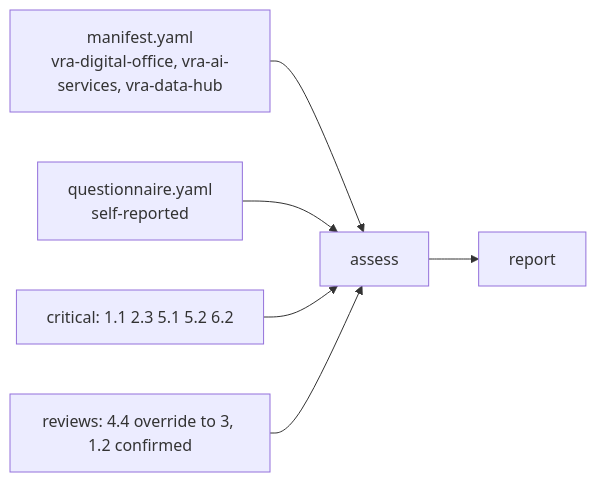
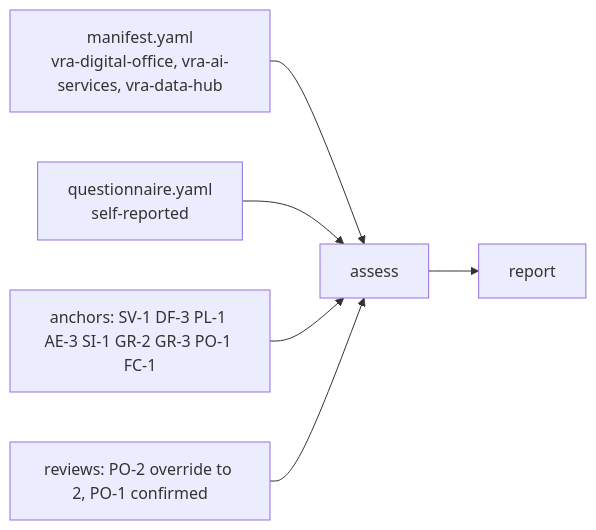
The diagram in docs/samples/valemont-revenue-agency.md (jagadishmazure-jpg/Jagadish-ai-maturity-assessment), drawn with Mermaid before and after one commit. The commit also changed other lines of this file and 2 other files, not shown here.

Commit message:
docs: sample docs reflect EAMM results, anchors and reviews

````diff
--- a/docs/samples/valemont-revenue-agency.md
+++ b/docs/samples/valemont-revenue-agency.md
@@ -15,8 +16,8 @@
 ```mermaid
 flowchart LR
   M[manifest.yaml<br/>vra-digital-office, vra-ai-services, vra-data-hub] --> G[assess]
   Q[questionnaire.yaml<br/>self-reported] --> G
-  C[critical: 1.1 2.3 5.1 5.2 6.2] --> G
-  RV[reviews: 4.4 override to 3, 1.2 confirmed] --> G
+  C[anchors: SV-1 DF-3 PL-1 AE-3 SI-1 GR-2 GR-3 PO-1 FC-1] --> G
+  RV[reviews: PO-2 override to 2, PO-1 confirmed] --> G
   G --> R[report]
 ```
````
